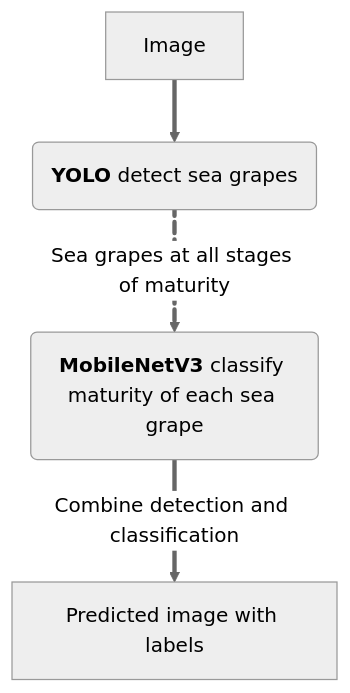
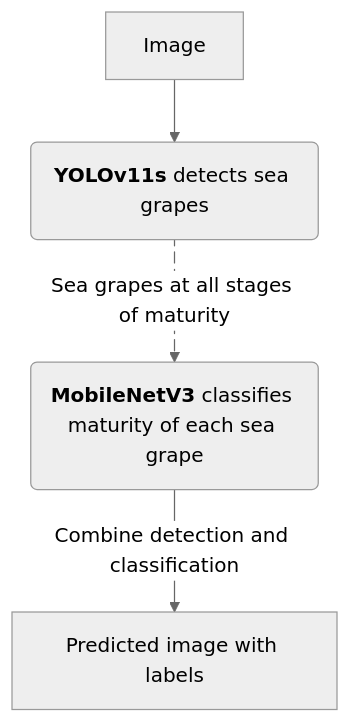
One commit to kORNkin/InspireLab-SeaGrapeDetection changed the diagram in README.md. Above: the diagram before and after it, drawn with Mermaid (neutral theme). The commit also changed other lines of this file and 4 other files, not shown here.

````diff
--- a/README.md
+++ b/README.md
@@ -11,7 +19,7 @@
 ```mermaid
 graph TD;
-    image[Image] ==> yolo("`**YOLO** detect sea grapes`");
-    yolo e1@==> |Sea grapes at all stages of maturity| classifier("`**MobileNetV3** classify maturity of each sea grape`");
+    image[Image] --> yolo("`**YOLOv11s** detects sea grapes`");
+    yolo e1@--> |Sea grapes at all stages of maturity| classifier("`**MobileNetV3** classifies maturity of each sea grape`");
     e1@{ animation: fast }
-    classifier == Combine detection and classification ==> result[Predicted image with labels]
+    classifier -- Combine detection and classification --> result[Predicted image with labels]
 ```
````
